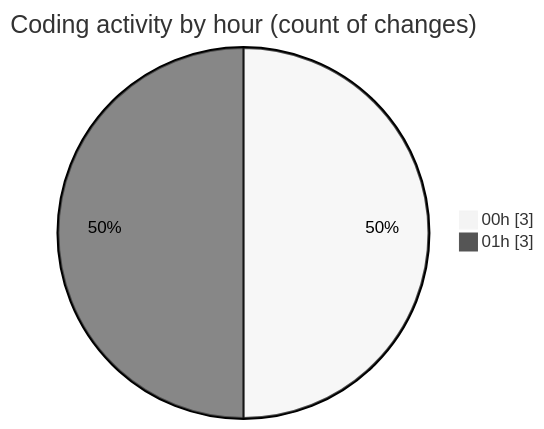
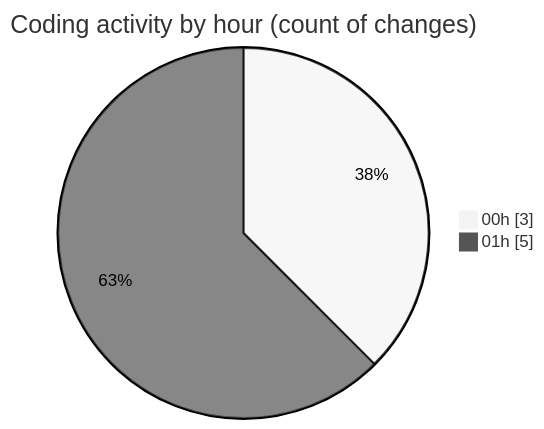
Before and after one commit to lephambinh05/code-tracking: the second of 2 diagrams in 2025-07-23/cnpm_th_ba/README.md, drawn with Mermaid (neutral theme). The commit also changed other lines of this file and 1 other file, not shown here.

````diff
--- a/2025-07-23/cnpm_th_ba/README.md
+++ b/2025-07-23/cnpm_th_ba/README.md
@@ -30,6 +32,6 @@
 ```mermaid
 pie showData
 title Coding activity by hour (count of changes)
 "00h" : 3
-"01h" : 3
+"01h" : 5
 ```
````
